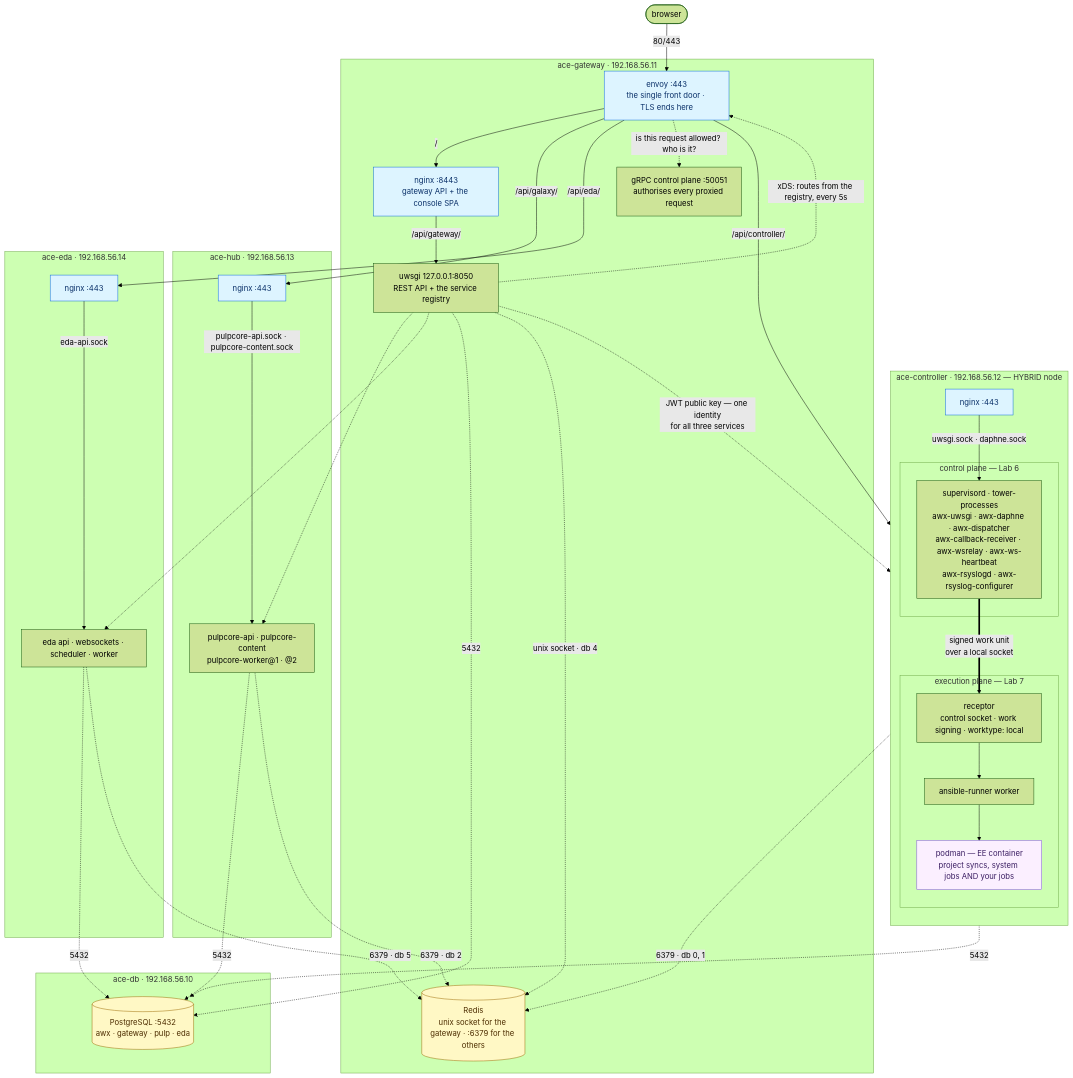
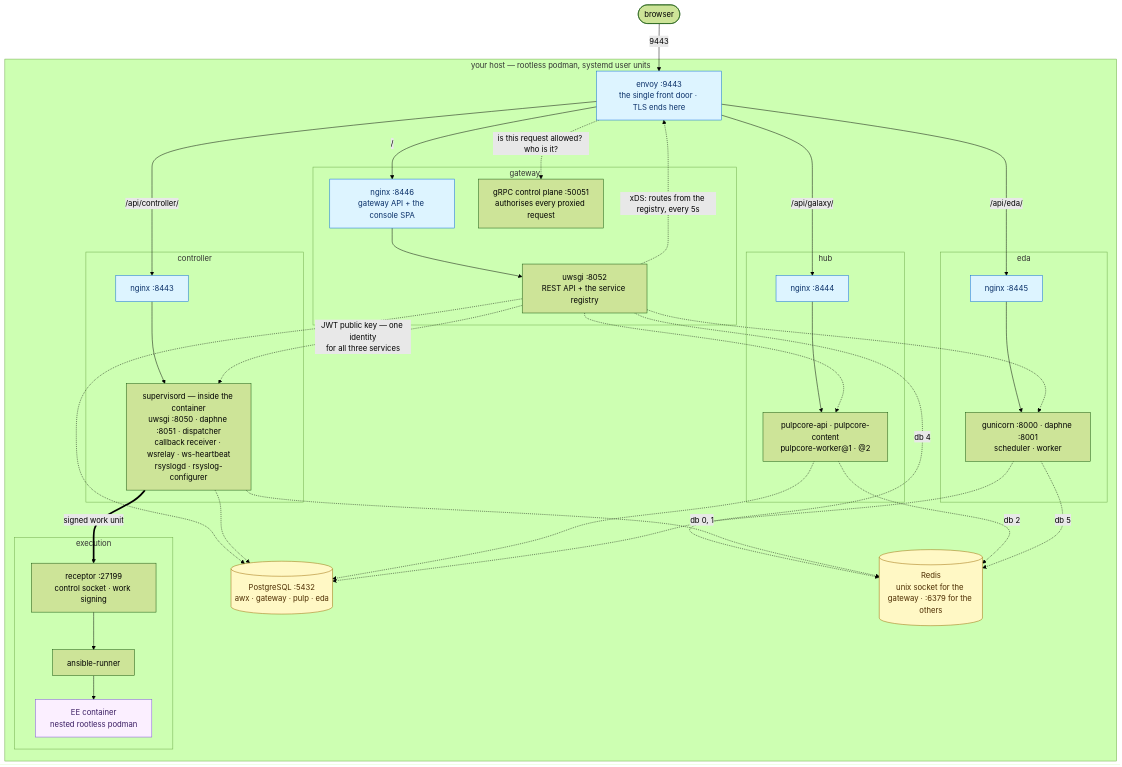
The diagram in README.md (sammonsjl/ace-the-hard-way), drawn with Mermaid (forest theme) before and after one commit. The commit also changed other lines of this file, not shown here.

````diff
--- a/README.md
+++ b/README.md
@@ -37,78 +35,75 @@
 ```mermaid
 flowchart TB
     browser(["browser"])
 
-    subgraph GW["ace-gateway · 192.168.56.11"]
-        envoy["envoy :443<br/>the single front door · TLS ends here"]
-        gwnginx["nginx :8443<br/>gateway API + the console SPA"]
-        gwuwsgi["uwsgi 127.0.0.1:8050<br/>REST API + the service registry"]
-        gwgrpc["gRPC control plane :50051<br/>authorises every proxied request"]
+    subgraph HOST["your host — rootless podman, systemd user units"]
+        envoy["envoy :9443<br/>the single front door · TLS ends here"]
+
+        subgraph GW["gateway"]
+            gwnginx["nginx :8446<br/>gateway API + the console SPA"]
+            gwuwsgi["uwsgi :8052<br/>REST API + the service registry"]
+            gwgrpc["gRPC control plane :50051<br/>authorises every proxied request"]
+        end
+
+        subgraph CTL["controller"]
+            ctlnginx["nginx :8443"]
+            ctlsup["supervisord — inside the container<br/>uwsgi :8050 · daphne :8051 · dispatcher<br/>callback receiver · wsrelay · ws-heartbeat<br/>rsyslogd · rsyslog-configurer"]
+        end
+
+        subgraph EXEC["execution"]
+            rcontrol["receptor :27199<br/>control socket · work signing"]
+            runner["ansible-runner"]
+            podmanc["EE container<br/>nested rootless podman"]
+        end
+
+        subgraph HUBG["hub"]
+            hubnginx["nginx :8444"]
+            hubproc["pulpcore-api · pulpcore-content<br/>pulpcore-worker@1 · @2"]
+        end
+
+        subgraph EDAG["eda"]
+            edanginx["nginx :8445"]
+            edaproc["gunicorn :8000 · daphne :8001<br/>scheduler · worker"]
+        end
+
+        pg[("PostgreSQL :5432<br/>awx · gateway · pulp · eda")]
         redis[("Redis<br/>unix socket for the gateway · :6379 for the others")]
     end
 
-    subgraph CTL["ace-controller · 192.168.56.12 — HYBRID node"]
-        direction TB
-        ctlnginx["nginx :443"]
-
-        subgraph CONTROL["control plane — Lab 6"]
-            ctlsup["supervisord · tower-processes<br/>awx-uwsgi · awx-daphne · awx-dispatcher<br/>awx-callback-receiver · awx-wsrelay · awx-ws-heartbeat<br/>awx-rsyslogd · awx-rsyslog-configurer"]
-        end
-
-        subgraph EXEC["execution plane — Lab 7"]
-            rcontrol["receptor<br/>control socket · work signing · worktype: local"]
-            runner["ansible-runner worker"]
-            podmanc["podman — EE container<br/>project syncs, system jobs AND your jobs"]
-        end
-    end
-
-    subgraph HUB["ace-hub · 192.168.56.13"]
-        hubnginx["nginx :443"]
-        hubproc["pulpcore-api · pulpcore-content<br/>pulpcore-worker@1 · @2"]
-    end
-
-    subgraph EDA["ace-eda · 192.168.56.14"]
-        edanginx["nginx :443"]
-        edaproc["eda api · websockets · scheduler · worker"]
-    end
-
-    subgraph DB["ace-db · 192.168.56.10"]
-        pg[("PostgreSQL :5432<br/>awx · gateway · pulp · eda")]
-    end
-
-    browser -->|"80/443"| envoy
+    browser -->|"9443"| envoy
     envoy -->|"/"| gwnginx
     envoy -->|"/api/controller/"| ctlnginx
     envoy -->|"/api/galaxy/"| hubnginx
     envoy -->|"/api/eda/"| edanginx
-    gwnginx -->|"/api/gateway/"| gwuwsgi
-    ctlnginx -->|"uwsgi.sock · daphne.sock"| ctlsup
-    hubnginx -->|"pulpcore-api.sock · pulpcore-content.sock"| hubproc
-    edanginx -->|"eda-api.sock"| edaproc
+    gwnginx --> gwuwsgi
+    ctlnginx --> ctlsup
+    hubnginx --> hubproc
+    edanginx --> edaproc
 
     gwuwsgi -.->|"xDS: routes from the registry, every 5s"| envoy
     envoy -.->|"is this request allowed? who is it?"| gwgrpc
     gwuwsgi -.->|"JWT public key — one identity<br/>for all three services"| ctlsup
     gwuwsgi -.-> hubproc
     gwuwsgi -.-> edaproc
 
-    gwuwsgi -.->|"5432"| pg
-    ctlsup -.->|"5432"| pg
-    hubproc -.->|"5432"| pg
-    edaproc -.->|"5432"| pg
+    gwuwsgi -.-> pg
+    ctlsup -.-> pg
+    hubproc -.-> pg
+    edaproc -.-> pg
 
-    gwuwsgi -.->|"unix socket · db 4"| redis
-    ctlsup -.->|"6379 · db 0, 1"| redis
-    hubproc -.->|"6379 · db 2"| redis
-    edaproc -.->|"6379 · db 5"| redis
+    gwuwsgi -.->|"db 4"| redis
+    ctlsup -.->|"db 0, 1"| redis
+    hubproc -.->|"db 2"| redis
+    edaproc -.->|"db 5"| redis
 
-    ctlsup ==>|"signed work unit<br/>over a local socket"| rcontrol
+    ctlsup ==>|"signed work unit"| rcontrol
     rcontrol --> runner
     runner --> podmanc
 
     classDef front fill:#ddf4ff,stroke:#0969da,color:#0a3069
     classDef store fill:#fff8c5,stroke:#9a6700,color:#4d2d00
     classDef sandbox fill:#fbefff,stroke:#8250df,color:#3b1e63
     class envoy,gwnginx,ctlnginx,hubnginx,edanginx front
     class pg,redis store
     class podmanc sandbox
 ```
````
